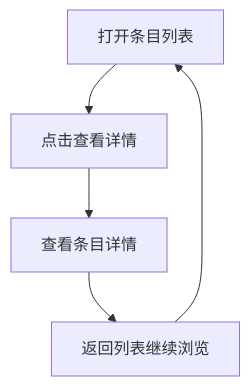
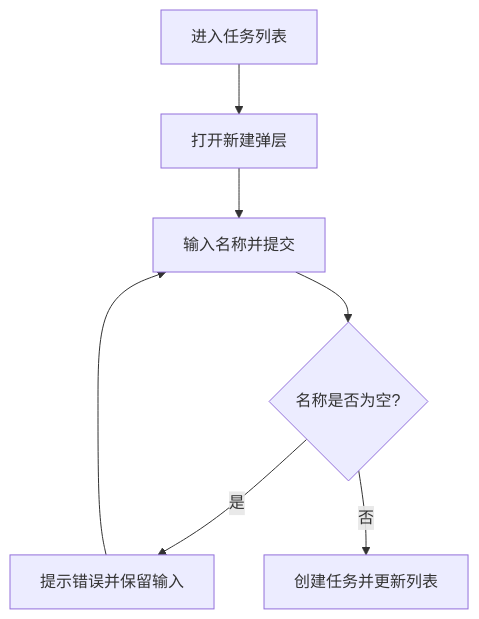
Before and after one commit to lanyuxi/keshihua_PRD: the first of 3 diagrams in examples/flows.md, drawn with Mermaid. The commit also changed other lines of this file and 64 other files, not shown here.

````diff
--- a/examples/flows.md
+++ b/examples/flows.md
@@ -9,7 +13,9 @@
 ```mermaid
 graph TD
-    A[打开条目列表] --> B[点击查看详情]
-    B --> C[查看条目详情]
-    C --> D[返回列表继续浏览]
-    D --> A
+ A[进入任务列表] --> B[打开新建弹层]
+ B --> C[输入名称并提交]
+ C --> D{名称是否为空?}
+ D -->|是| E[提示错误并保留输入]
+ E --> C
+ D -->|否| F[创建任务并更新列表]
 ```
````
